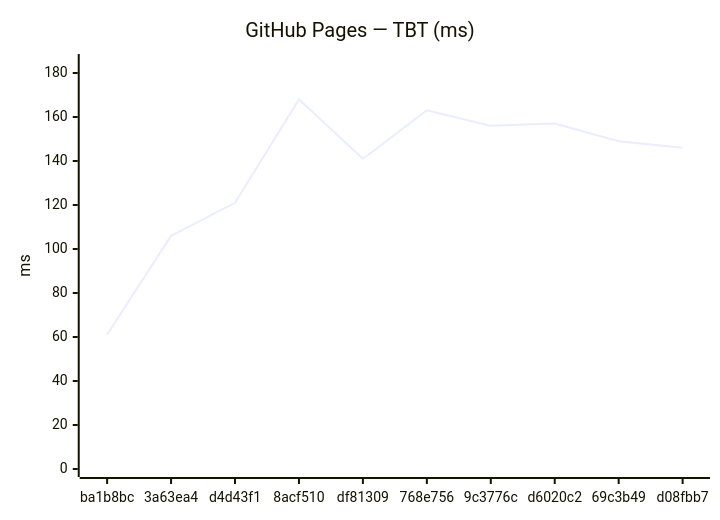
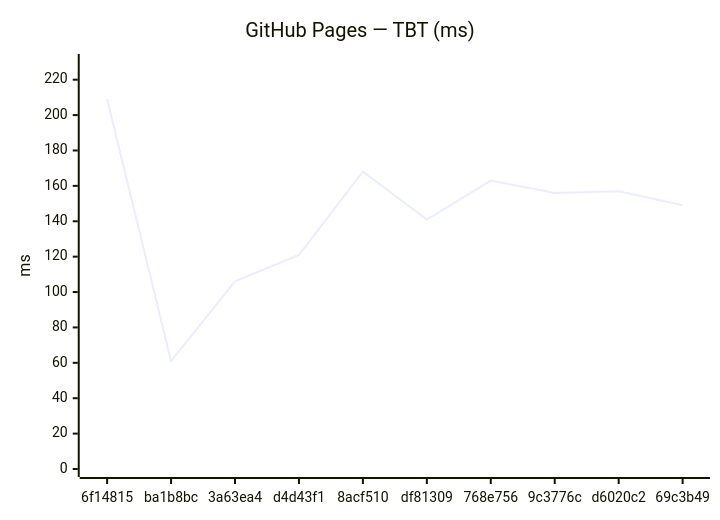
Before and after one commit to Metaheurist/Rianell: the fourth of 18 diagrams in benchmarks/compare.md, drawn with Mermaid. The commit also changed other lines of this file and 11 other files, not shown here.

````diff
--- a/benchmarks/compare.md
+++ b/benchmarks/compare.md
@@ -61,7 +61,7 @@
 ```mermaid
 xychart-beta
     title "GitHub Pages — TBT (ms)"
-    x-axis ["ba1b8bc", "3a63ea4", "d4d43f1", "8acf510", "df81309", "768e756", "9c3776c", "d6020c2", "69c3b49", "d08fbb7"]
-    y-axis "ms" 0 --> 185
-    line [61, 106, 121, 168, 141, 163, 156, 157, 149, 146]
+    x-axis ["6f14815", "ba1b8bc", "3a63ea4", "d4d43f1", "8acf510", "df81309", "768e756", "9c3776c", "d6020c2", "69c3b49"]
+    y-axis "ms" 0 --> 230
+    line [209, 61, 106, 121, 168, 141, 163, 156, 157, 149]
 ```
````
